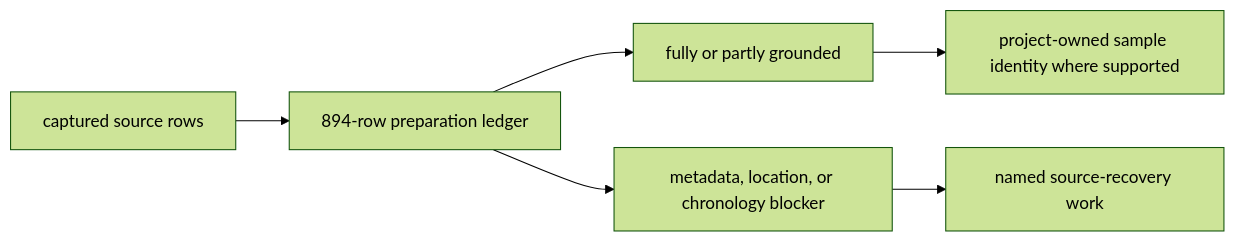
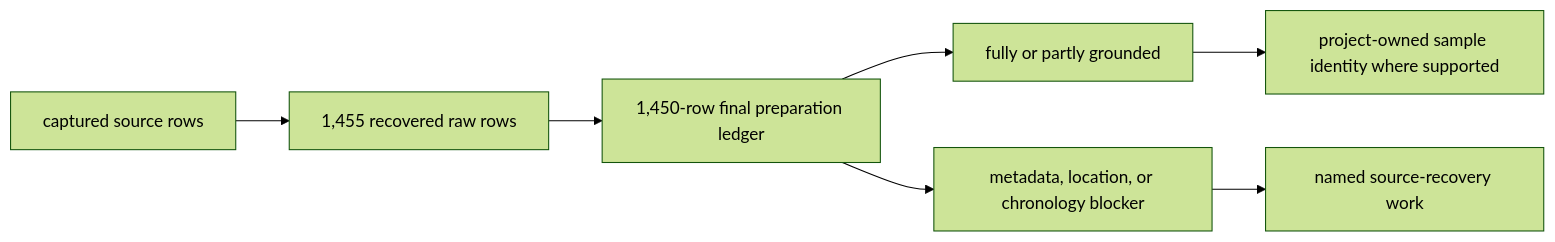
The second of 7 diagrams in docs/public/pollenomics-data/sources/animal-source-intake.md (bijux/bijux-pollenomics), drawn with Mermaid (forest theme) before and after one commit. The commit also changed other lines of this file and 26 other files, not shown here.

````diff
--- a/docs/public/pollenomics-data/sources/animal-source-intake.md
+++ b/docs/public/pollenomics-data/sources/animal-source-intake.md
@@ -86,8 +85,9 @@
 ```mermaid
 flowchart LR
-    SourceRows["captured source rows"] --> Foundation["894-row preparation ledger"]
+    SourceRows["captured source rows"] --> Raw["1,455 recovered raw rows"]
+    Raw --> Foundation["1,450-row final preparation ledger"]
     Foundation --> Grounded["fully or partly grounded"]
     Foundation --> Blocked["metadata, location, or chronology blocker"]
     Grounded --> Identity["project-owned sample identity where supported"]
     Blocked --> Recovery["named source-recovery work"]
 ```
````
